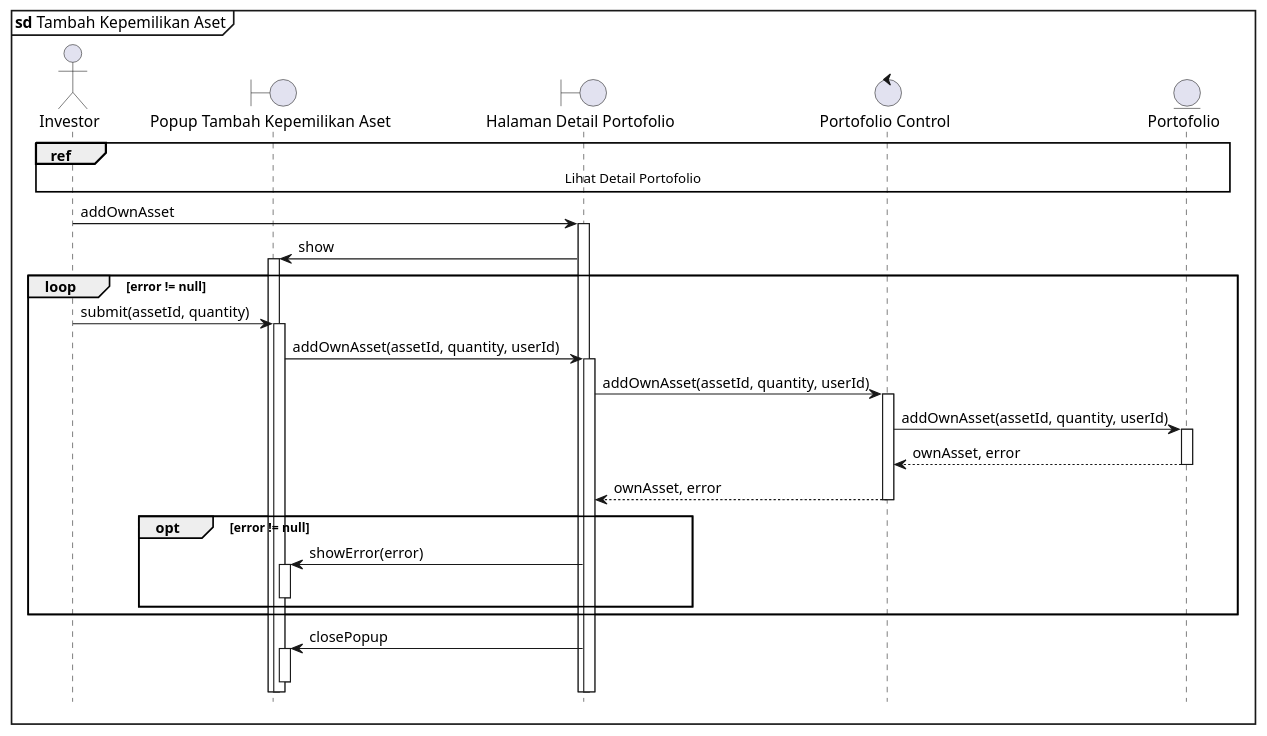
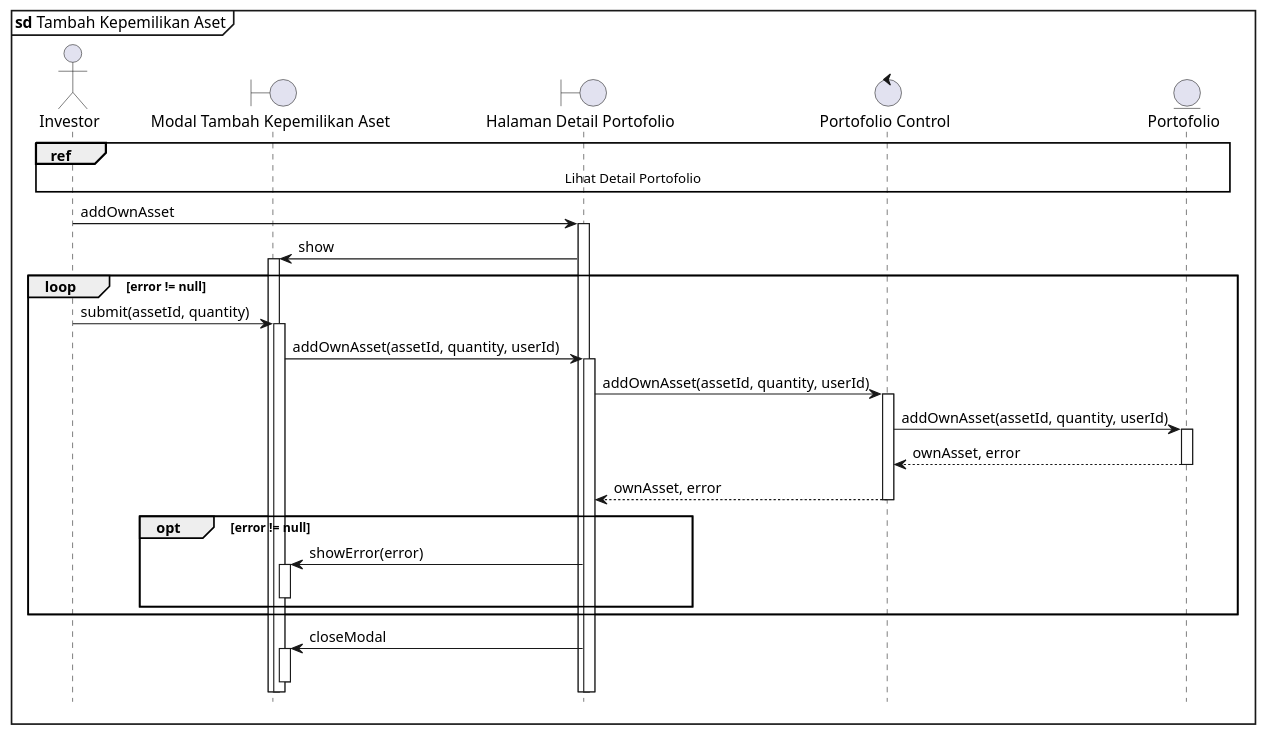
The diagram in sequence/tambah-aset.puml (clarestarahma/manajemen-investasi), drawn with PlantUML before and after one commit. The commit also changed 7 other files, not shown here.

Commit message:
bukan popup tapi modal

```diff
--- a/sequence/tambah-aset.puml
+++ b/sequence/tambah-aset.puml
@@ -1,37 +1,37 @@
 @startuml Sequence
 
 skinparam maxMessageSize 250
 
 hide footbox
 autoactivate on
 
 mainframe **sd** Tambah Kepemilikan Aset
 
 actor Investor as I
-boundary "Popup Tambah Kepemilikan Aset" as PTKA
+boundary "Modal Tambah Kepemilikan Aset" as PTKA
 boundary "Halaman Detail Portofolio" as TDP
 control "Portofolio Control" as PC
 entity "Portofolio" as P
 
 ref over I, P : Lihat Detail Portofolio
 
 I -> TDP : addOwnAsset
 TDP -> PTKA : show
 
 loop error != null
   I -> PTKA : submit(assetId, quantity)
   PTKA -> TDP : addOwnAsset(assetId, quantity, userId)
   TDP -> PC : addOwnAsset(assetId, quantity, userId)
   PC -> P : addOwnAsset(assetId, quantity, userId)
   P --> PC : ownAsset, error
   PC --> TDP : ownAsset, error
 
   opt error != null
     TDP -> PTKA : showError(error)
     deactivate PTKA
   end
 end
 
-TDP -> PTKA : closePopup
+TDP -> PTKA : closeModal
 deactivate PTKA
 @enduml
```
